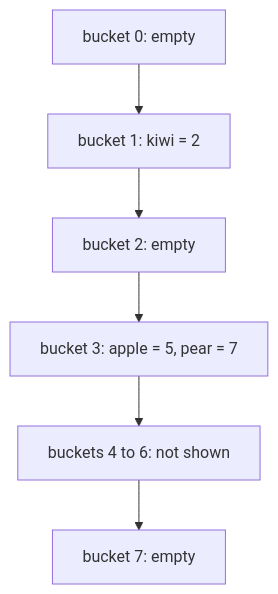
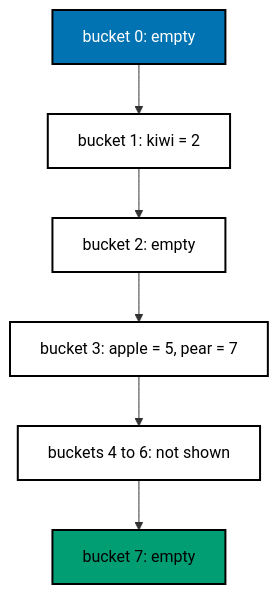
One commit to wahidyankf/grind-in-public changed the second of 2 diagrams in drill/system-design-algos/in-python/algo_01_hash_table.md. Above: the diagram before and after it, drawn with Mermaid. The commit also changed other lines of this file and 22 other files, not shown here.

First line of the commit message:
docs: use accessible palette in mermaid diagrams

````diff
--- a/drill/system-design-algos/in-python/algo_01_hash_table.md
+++ b/drill/system-design-algos/in-python/algo_01_hash_table.md
@@ -45,12 +52,18 @@
 ```mermaid
 flowchart TD
   accTitle: Hash table buckets with a collision
   accDescr {
     Bucket 3 holds two pairs, apple and pear, because both keys hash to bucket 3. The pairs are chained in that bucket.
   }
   B0["bucket 0: empty"] --> B1["bucket 1: kiwi = 2"]
   B1 --> B2["bucket 2: empty"]
   B2 --> B3["bucket 3: apple = 5, pear = 7"]
   B3 --> B4["buckets 4 to 6: not shown"]
   B4 --> B7["bucket 7: empty"]
+  classDef default fill:#FFFFFF,stroke:#000000,color:#000000,stroke-width:2px
+  classDef blue fill:#0173B2,stroke:#000000,color:#FFFFFF,stroke-width:2px
+  classDef orange fill:#DE8F05,stroke:#000000,color:#000000,stroke-width:2px
+  classDef teal fill:#029E73,stroke:#000000,color:#000000,stroke-width:2px
+  class B0 blue
+  class B7 teal
 ```
````
